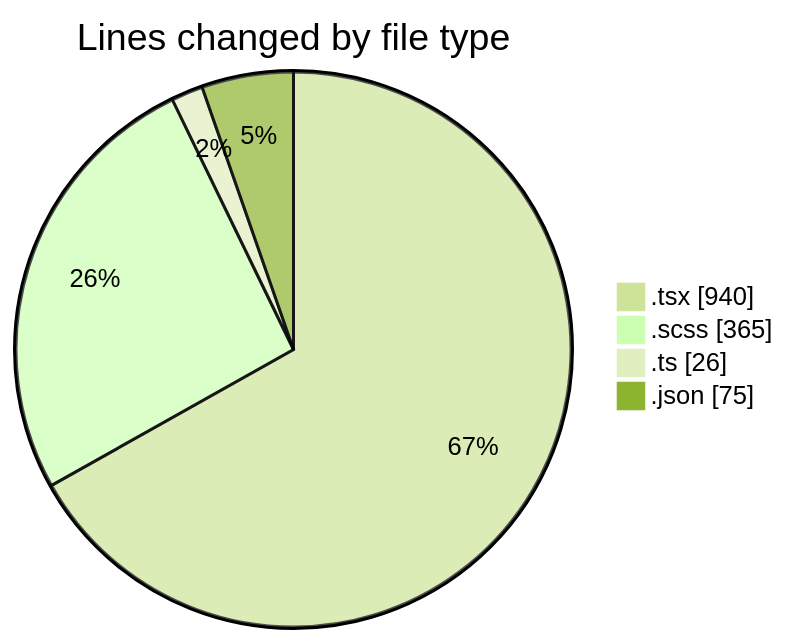
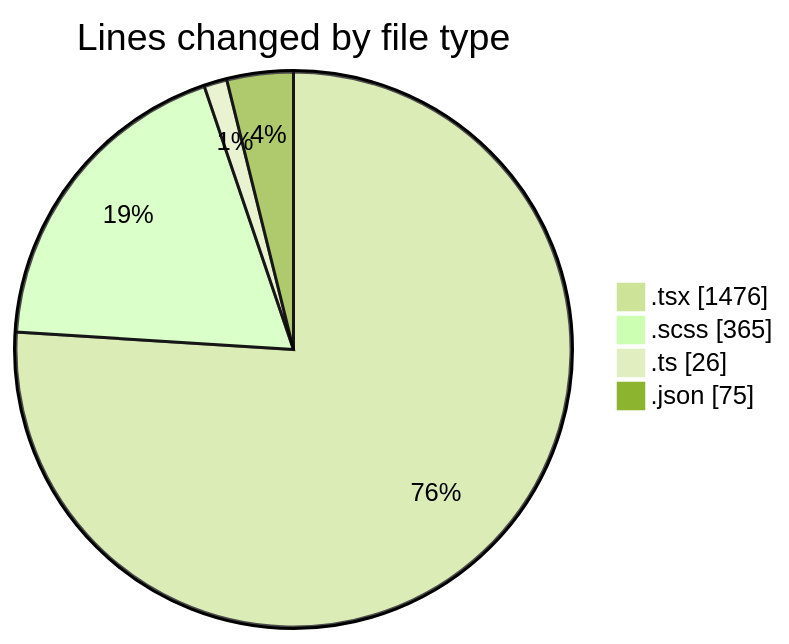
The first of 2 diagrams in 2025-04-09/cda/README.md (momahboobian/code-tracking), drawn with Mermaid (forest theme) before and after one commit. The commit also changed other lines of this file and 1 other file, not shown here.

````diff
--- a/2025-04-09/cda/README.md
+++ b/2025-04-09/cda/README.md
@@ -26,8 +27,8 @@
 ```mermaid
 pie showData
 title Lines changed by file type
-".tsx" : 940
+".tsx" : 1476
 ".scss" : 365
 ".ts" : 26
 ".json" : 75
 ```
````
